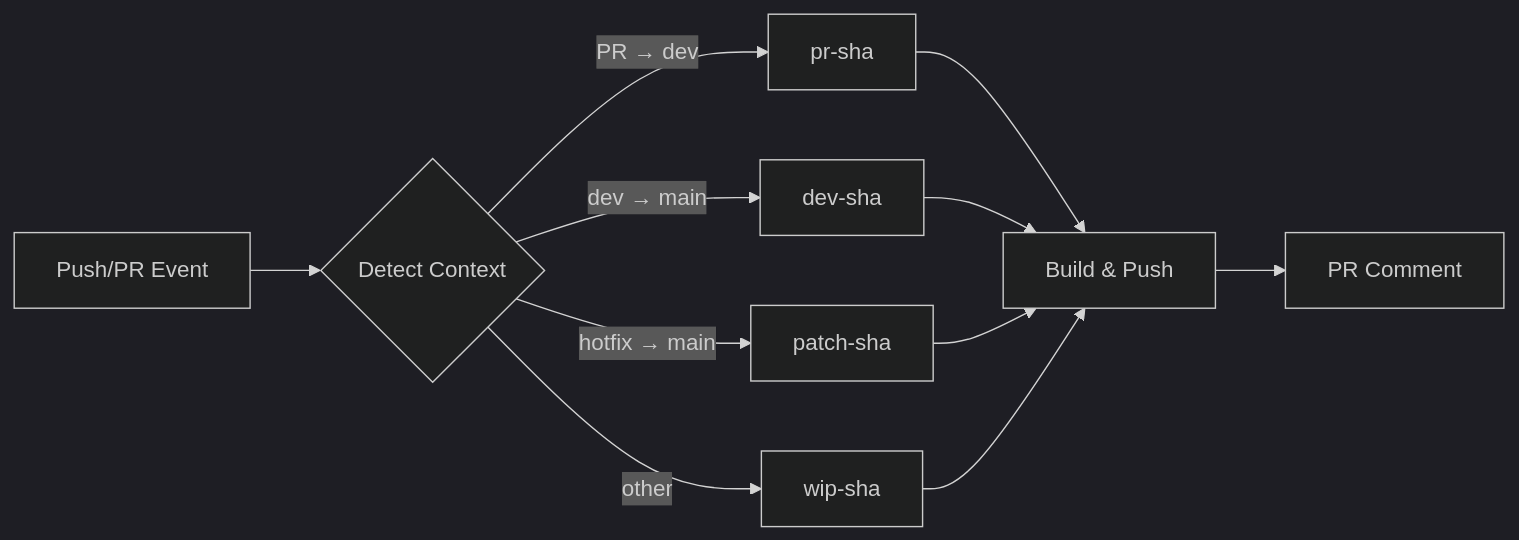
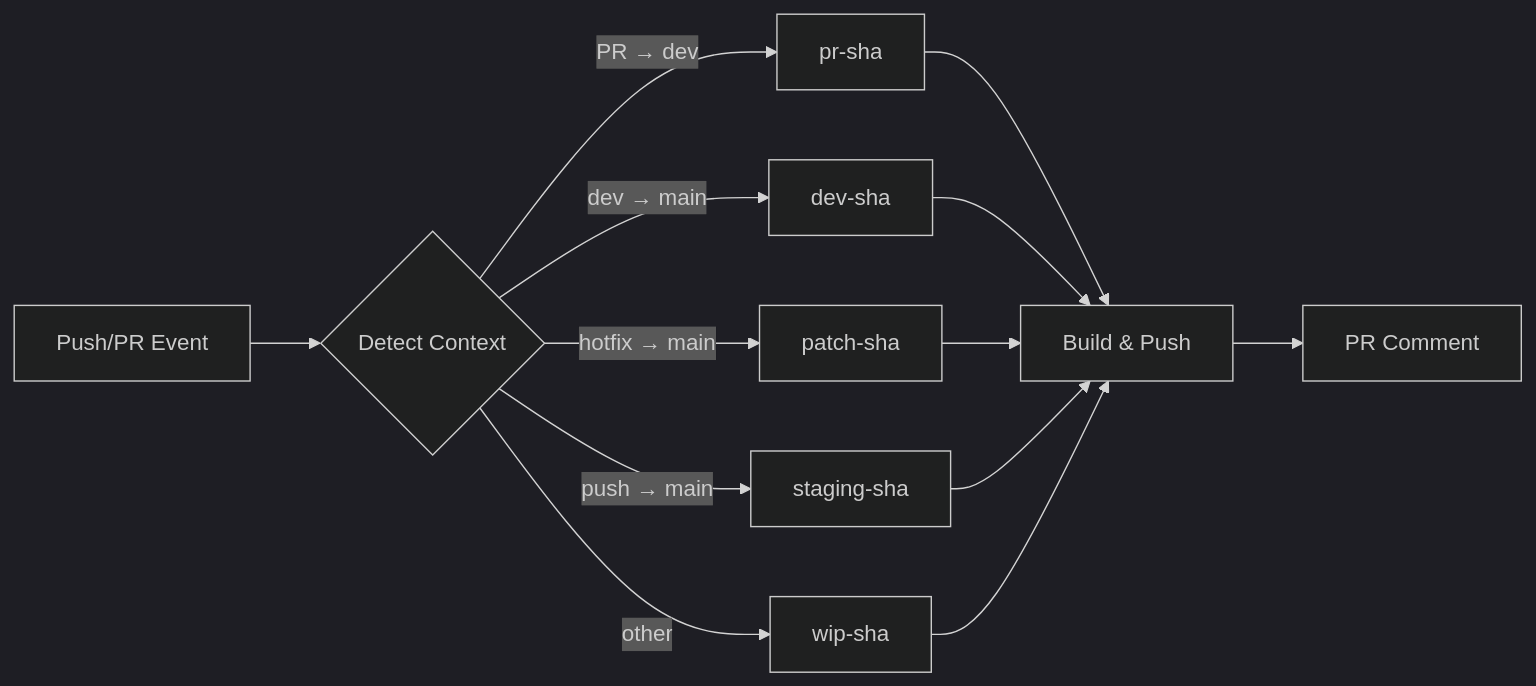
Before and after one commit to wgtechlabs/container-build-flow-action: the diagram in README.md, drawn with Mermaid (dark theme). The commit also changed other lines of this file, not shown here.

````diff
--- a/README.md
+++ b/README.md
@@ -29,13 +26,15 @@
 ```mermaid
 graph LR
     A[Push/PR Event] --> B{Detect Context}
     B -->|PR → dev| C[pr-sha]
     B -->|dev → main| D[dev-sha]
     B -->|hotfix → main| E[patch-sha]
-    B -->|other| F[wip-sha]
-    C --> G[Build & Push]
-    D --> G
-    E --> G
-    F --> G
-    G --> H[PR Comment]
+    B -->|push → main| F[staging-sha]
+    B -->|other| G[wip-sha]
+    C --> H[Build & Push]
+    D --> H
+    E --> H
+    F --> H
+    G --> H
+    H --> I[PR Comment]
 ```
````
